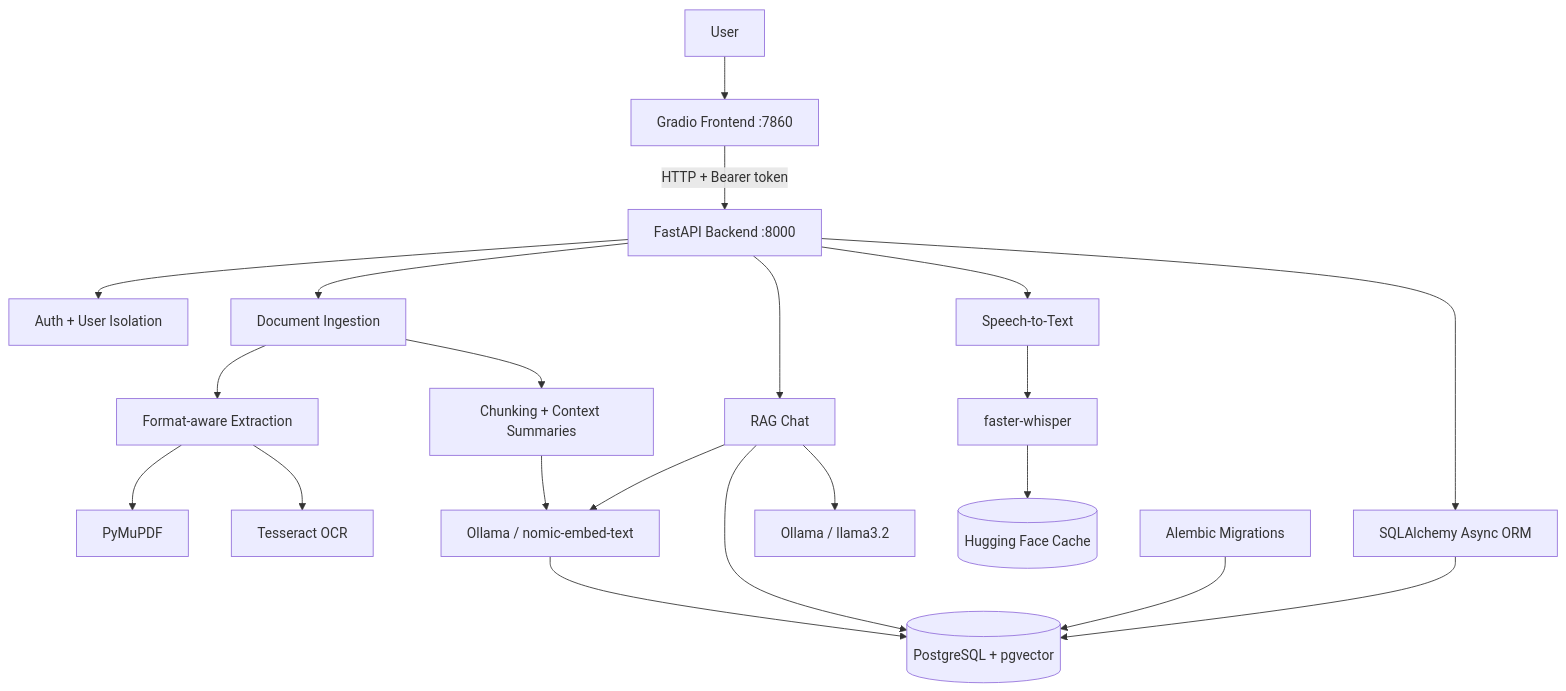
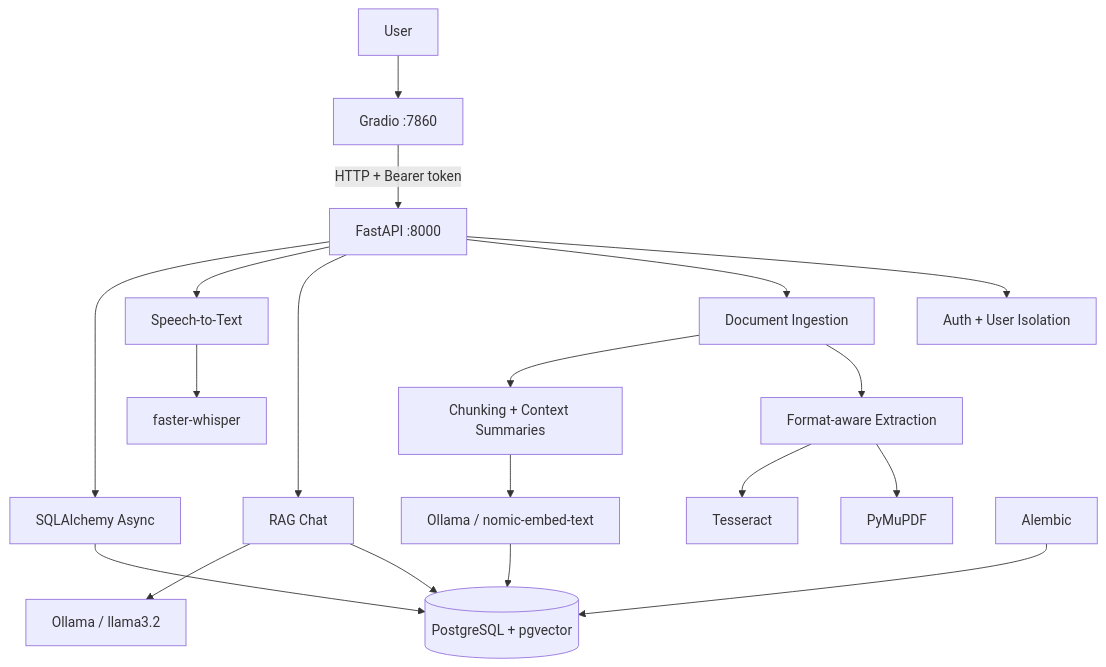
Before and after one commit to fizzahussain/Rag-Document-Assistant: the first of 2 diagrams in README.md, drawn with Mermaid. The commit also changed other lines of this file, not shown here.

````diff
--- a/README.md
+++ b/README.md
@@ -42,28 +42,23 @@
 ```mermaid
 flowchart TD
-    U[User] --> G[Gradio Frontend :7860]
-    G -->|HTTP + Bearer token| API[FastAPI Backend :8000]
-
+    U[User] --> G[Gradio :7860]
+    G -->|HTTP + Bearer token| API[FastAPI :8000]
     API --> AUTH[Auth + User Isolation]
     API --> DOC[Document Ingestion]
     API --> CHAT[RAG Chat]
     API --> AUDIO[Speech-to-Text]
 
     DOC --> EX[Format-aware Extraction]
     EX --> PDF[PyMuPDF]
-    EX --> OCR[Tesseract OCR]
+    EX --> OCR[Tesseract]
     DOC --> CH[Chunking + Context Summaries]
     CH --> EMB[Ollama / nomic-embed-text]
     EMB --> PG[(PostgreSQL + pgvector)]
 
-    CHAT --> EMB
     CHAT --> PG
     CHAT --> LLM[Ollama / llama3.2]
-
     AUDIO --> WH[faster-whisper]
-    WH --> HF[(Hugging Face Cache)]
-
-    API --> SQLA[SQLAlchemy Async ORM]
+    API --> SQLA[SQLAlchemy Async]
     SQLA --> PG
-    MIG[Alembic Migrations] --> PG
+    MIG[Alembic] --> PG
 ```
````
